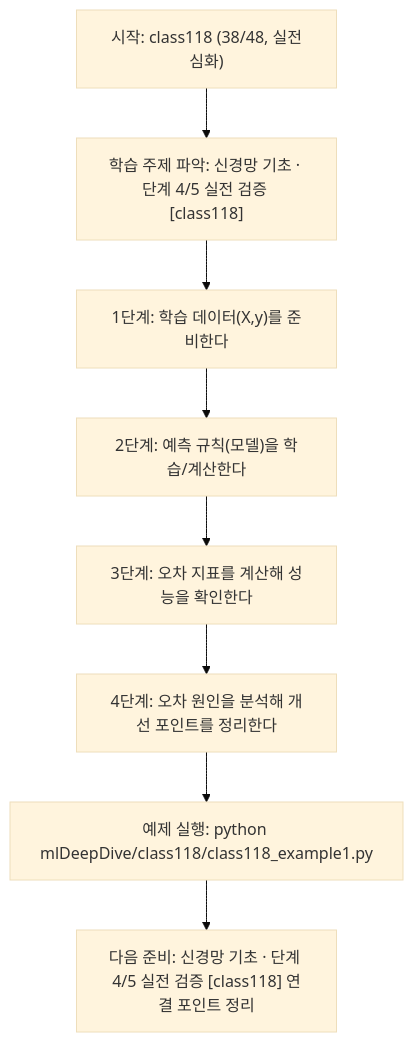
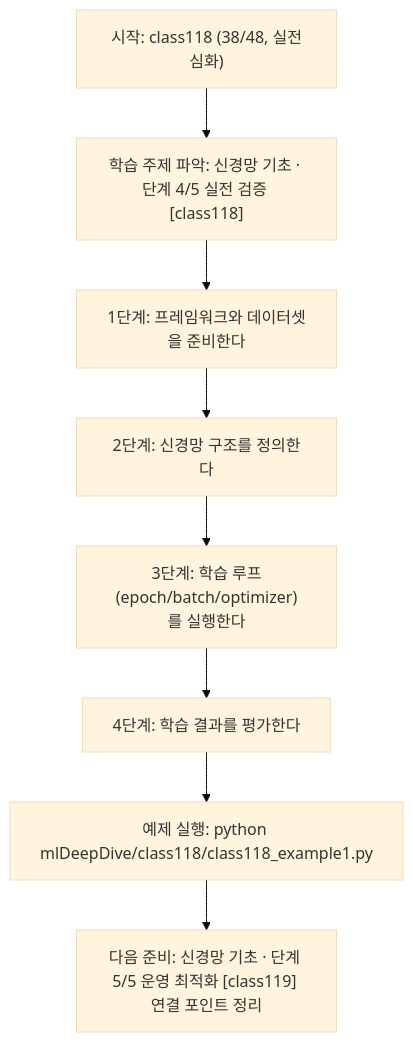
One commit to edumgt/Python-AI_Agent-Class changed the diagram in mlDeepDive/class118/class118.md. Above: the diagram before and after it, drawn with Mermaid (base theme). The commit also changed other lines of this file and 338 other files, not shown here.

````diff
--- a/mlDeepDive/class118/class118.md
+++ b/mlDeepDive/class118/class118.md
@@ -109,18 +91,18 @@
 ```mermaid
 flowchart TD
 N1["시작: class118 (38/48, 실전심화)"]
 N2["학습 주제 파악: 신경망 기초 · 단계 4/5 실전 검증 [class118]"]
-N3["1단계: 학습 데이터(X,y)를 준비한다"]
-N4["2단계: 예측 규칙(모델)을 학습/계산한다"]
-N5["3단계: 오차 지표를 계산해 성능을 확인한다"]
-N6["4단계: 오차 원인을 분석해 개선 포인트를 정리한다"]
+N3["1단계: 프레임워크와 데이터셋을 준비한다"]
+N4["2단계: 신경망 구조를 정의한다"]
+N5["3단계: 학습 루프(epoch/batch/optimizer)를 실행한다"]
+N6["4단계: 학습 결과를 평가한다"]
 N7["예제 실행: python mlDeepDive/class118/class118_example1.py"]
-N8["다음 준비: 신경망 기초 · 단계 4/5 실전 검증 [class118] 연결 포인트 정리"]
+N8["다음 준비: 신경망 기초 · 단계 5/5 운영 최적화 [class119] 연결 포인트 정리"]
 N1 --> N2
 N2 --> N3
 N3 --> N4
 N4 --> N5
 N5 --> N6
 N6 --> N7
 N7 --> N8
 ```
````
